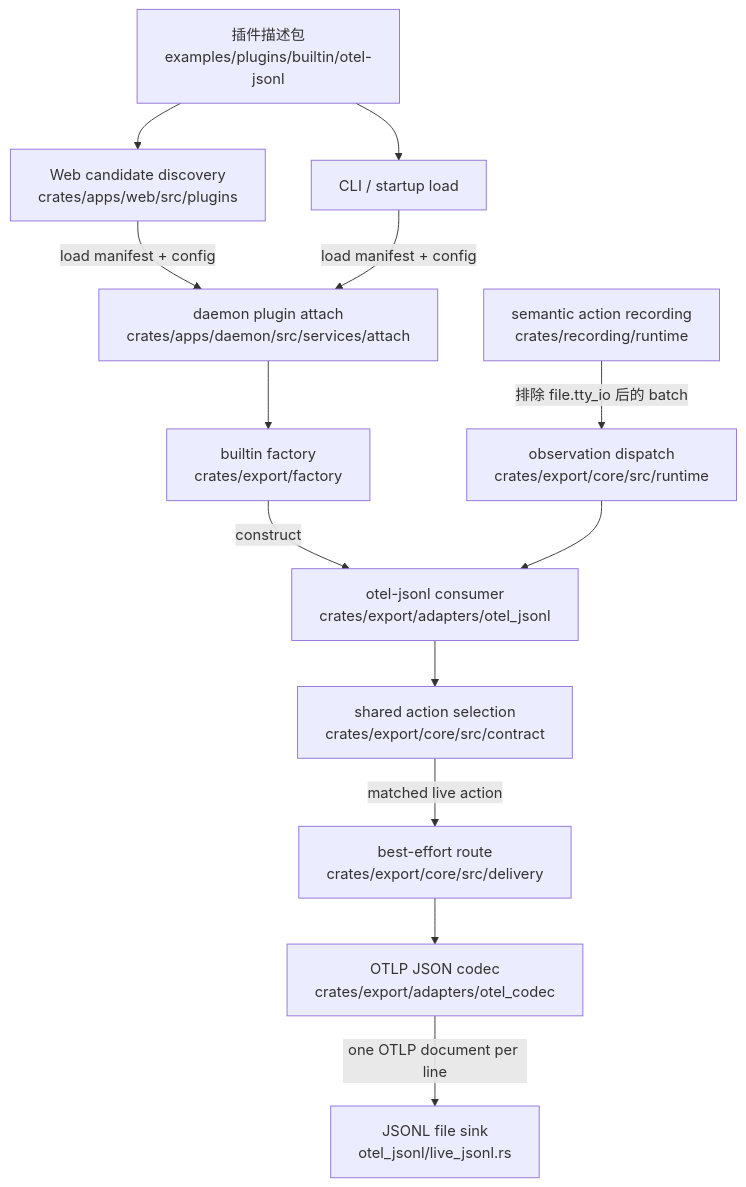
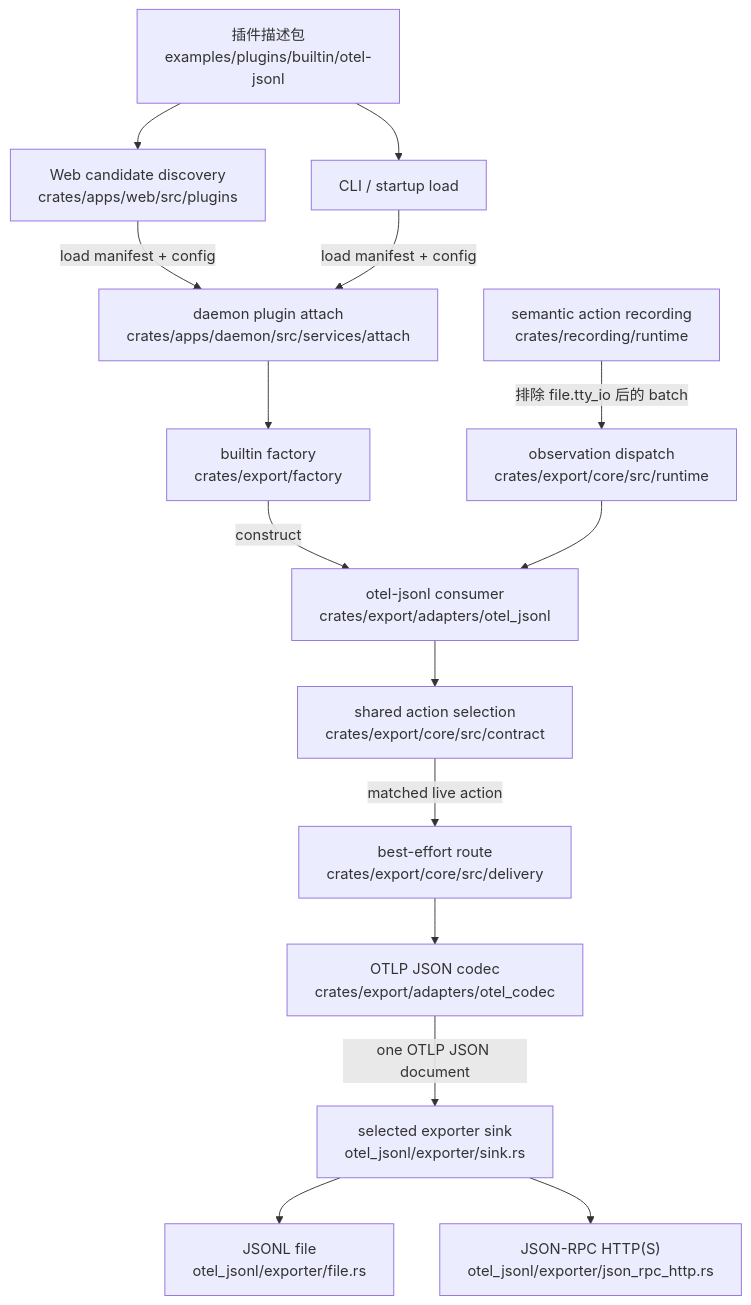
One commit to openeuler-mirror/AcTrail changed the diagram in docs/designs/plugins/otel-jsonl/targeted-file-paths.zh.md. Above: the diagram before and after it, drawn with Mermaid. The commit also changed other lines of this file and 61 other files, not shown here.

First line of the commit message:
feat(otel-jsonl): add selectable JSON-RPC exporter

````diff
--- a/docs/designs/plugins/otel-jsonl/targeted-file-paths.zh.md
+++ b/docs/designs/plugins/otel-jsonl/targeted-file-paths.zh.md
@@ -21,31 +22,35 @@
 ```mermaid
 flowchart TD
     Assets["插件描述包<br/>examples/plugins/builtin/otel-jsonl"]
     Web["Web candidate discovery<br/>crates/apps/web/src/plugins"]
     Entry["CLI / startup load"]
     Attach["daemon plugin attach<br/>crates/apps/daemon/src/services/attach"]
     Factory["builtin factory<br/>crates/export/factory"]
     Consumer["otel-jsonl consumer<br/>crates/export/adapters/otel_jsonl"]
 
     Recording["semantic action recording<br/>crates/recording/runtime"]
     Runtime["observation dispatch<br/>crates/export/core/src/runtime"]
     Selection["shared action selection<br/>crates/export/core/src/contract"]
     Route["best-effort route<br/>crates/export/core/src/delivery"]
     Codec["OTLP JSON codec<br/>crates/export/adapters/otel_codec"]
-    Sink["JSONL file sink<br/>otel_jsonl/live_jsonl.rs"]
+    Sink["selected exporter sink<br/>otel_jsonl/exporter/sink.rs"]
+    File["JSONL file<br/>otel_jsonl/exporter/file.rs"]
+    JsonRpc["JSON-RPC HTTP(S)<br/>otel_jsonl/exporter/json_rpc_http.rs"]
 
     Assets --> Web
     Assets --> Entry
     Web -->|"load manifest + config"| Attach
     Entry -->|"load manifest + config"| Attach
     Attach --> Factory
     Factory -->|"construct"| Consumer
 
     Recording -->|"排除 file.tty_io 后的 batch"| Runtime
     Runtime --> Consumer
     Consumer --> Selection
     Selection -->|"matched live action"| Route
     Route --> Codec
-    Codec -->|"one OTLP document per line"| Sink
+    Codec -->|"one OTLP JSON document"| Sink
+    Sink --> File
+    Sink --> JsonRpc
 
 ```
````
